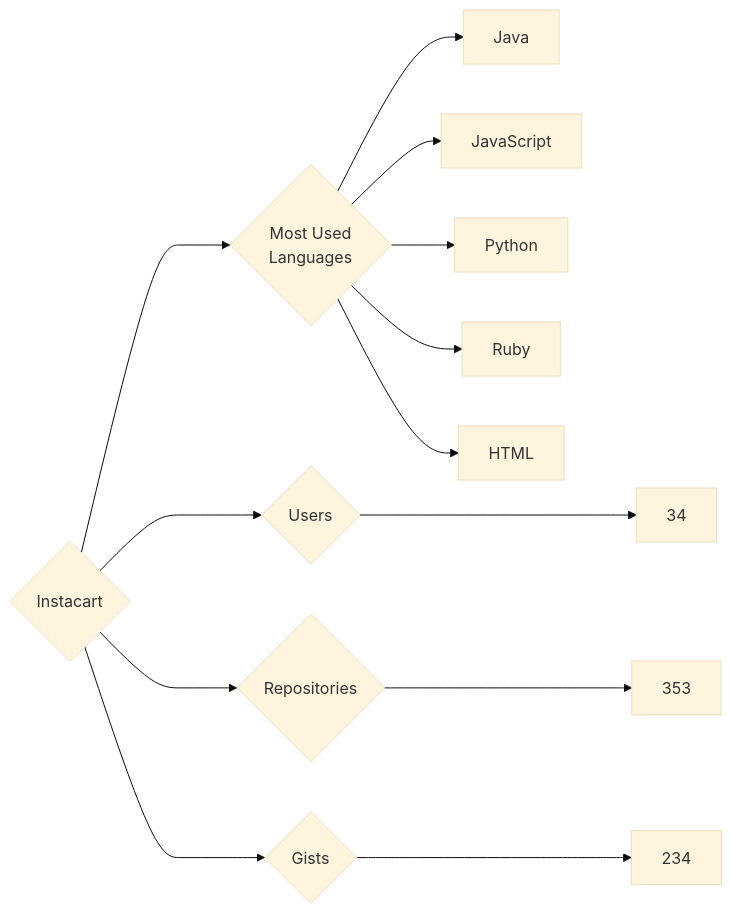
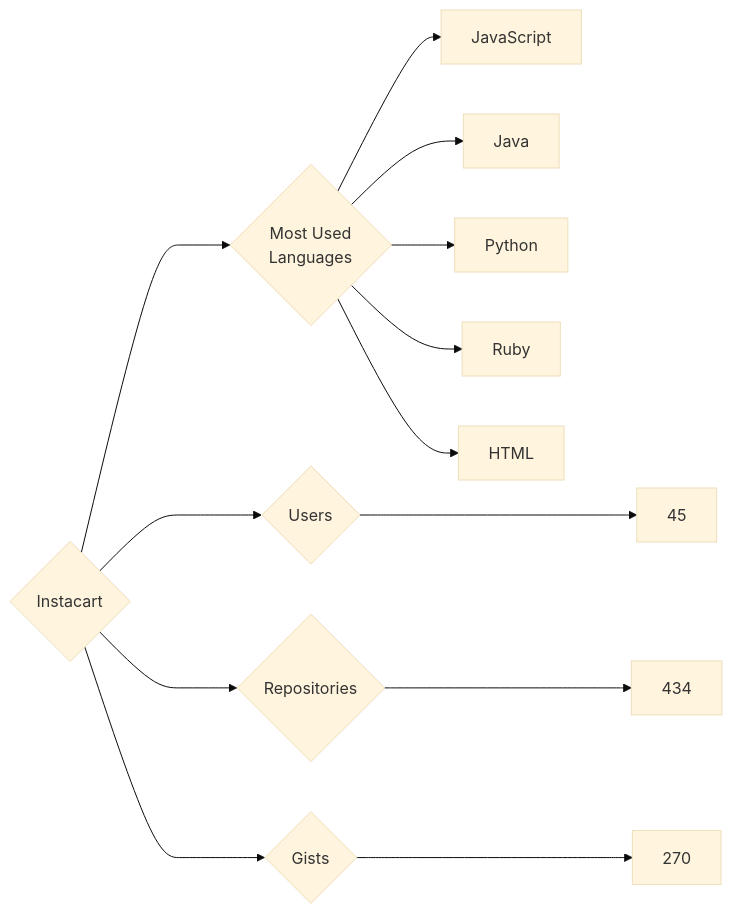
One commit to trickest/insiders changed the diagram in targets/Instacart/README.md. Above: the diagram before and after it, drawn with Mermaid (base theme). The commit also changed 965 other files, not shown here.

````diff
--- a/targets/Instacart/README.md
+++ b/targets/Instacart/README.md
@@ -3,13 +3,13 @@
 ```mermaid
 graph LR
 COMPANY_NAME{Instacart}
-COMPANY_NAME ---> U{Users} ---> UN[34]
-COMPANY_NAME ---> R{Repositories} ---> RN[353]
-COMPANY_NAME ---> G{Gists} ---> GN[234]
+COMPANY_NAME ---> U{Users} ---> UN[45]
+COMPANY_NAME ---> R{Repositories} ---> RN[434]
+COMPANY_NAME ---> G{Gists} ---> GN[270]
 COMPANY_NAME ---> ML{Most Used<br>Languages}
+ML --> JavaScript[JavaScript]
 ML --> Java[Java]
-ML --> JavaScript[JavaScript]
 ML --> Python[Python]
 ML --> Ruby[Ruby]
 ML --> HTML[HTML]
 ```
````
